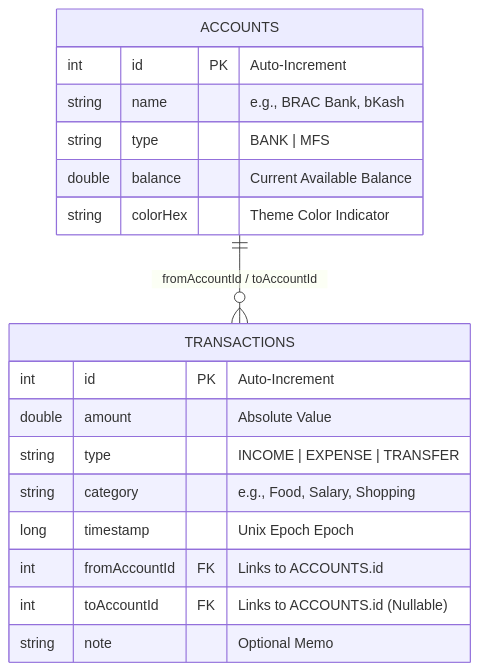
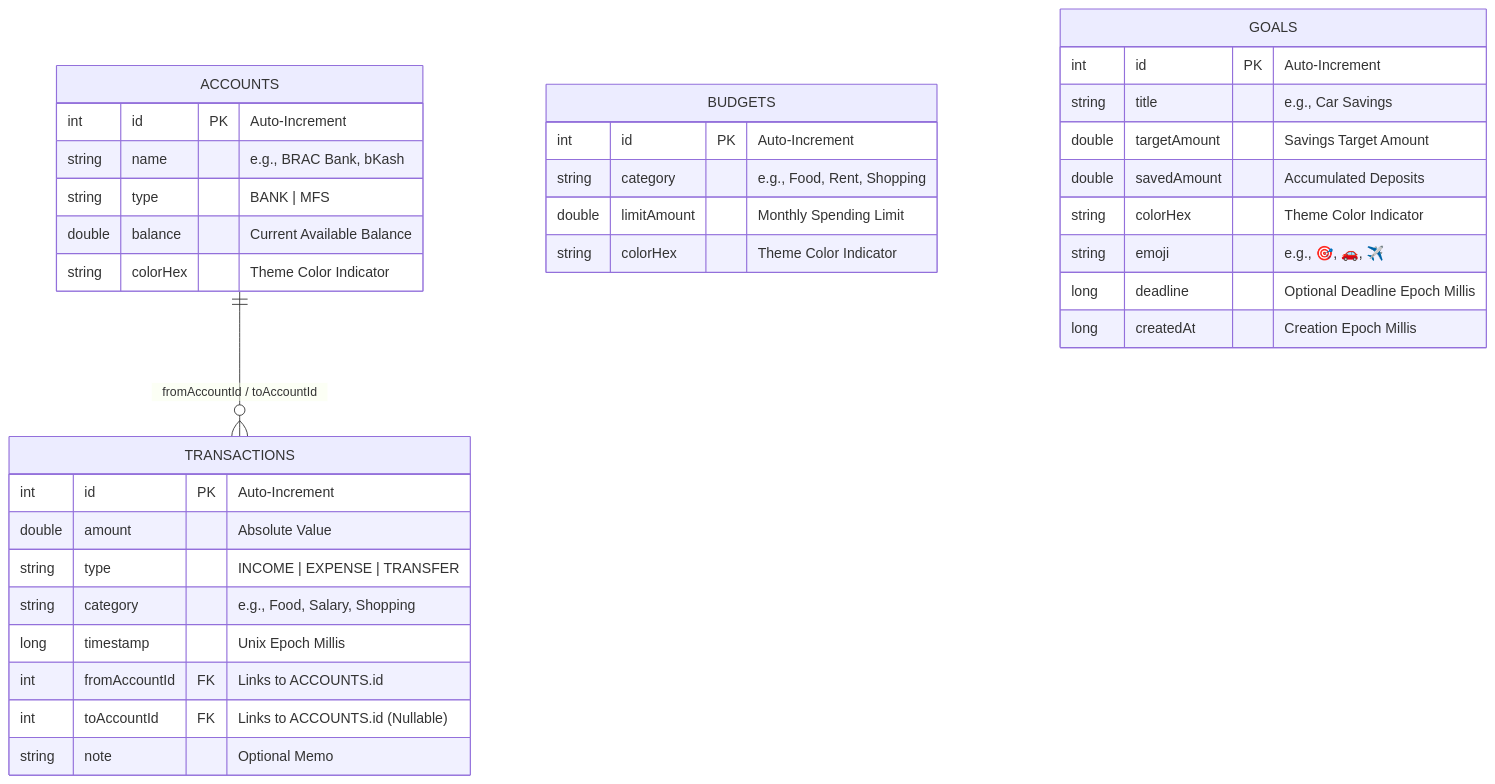
One commit to shejanahmmed/personal-finance-manager-app changed the diagram in README.md. Above: the diagram before and after it, drawn with Mermaid. The commit also changed other lines of this file, not shown here.

Commit message:
docs: update readme with security architecture, budgeting, and savings goals features

````diff
--- a/README.md
+++ b/README.md
@@ -36,21 +70,37 @@
 ```mermaid
 erDiagram
     ACCOUNTS {
         int id PK "Auto-Increment"
         string name "e.g., BRAC Bank, bKash"
         string type "BANK | MFS"
         double balance "Current Available Balance"
         string colorHex "Theme Color Indicator"
     }
     TRANSACTIONS {
         int id PK "Auto-Increment"
         double amount "Absolute Value"
         string type "INCOME | EXPENSE | TRANSFER"
         string category "e.g., Food, Salary, Shopping"
-        long timestamp "Unix Epoch Epoch"
+        long timestamp "Unix Epoch Millis"
         int fromAccountId FK "Links to ACCOUNTS.id"
         int toAccountId FK "Links to ACCOUNTS.id (Nullable)"
         string note "Optional Memo"
     }
+    BUDGETS {
+        int id PK "Auto-Increment"
+        string category "e.g., Food, Rent, Shopping"
+        double limitAmount "Monthly Spending Limit"
+        string colorHex "Theme Color Indicator"
+    }
+    GOALS {
+        int id PK "Auto-Increment"
+        string title "e.g., Car Savings"
+        double targetAmount "Savings Target Amount"
+        double savedAmount "Accumulated Deposits"
+        string colorHex "Theme Color Indicator"
+        string emoji "e.g., 🎯, 🚗, ✈️"
+        long deadline "Optional Deadline Epoch Millis"
+        long createdAt "Creation Epoch Millis"
+    }
     ACCOUNTS ||--o{ TRANSACTIONS : "fromAccountId / toAccountId"
 ```
````
